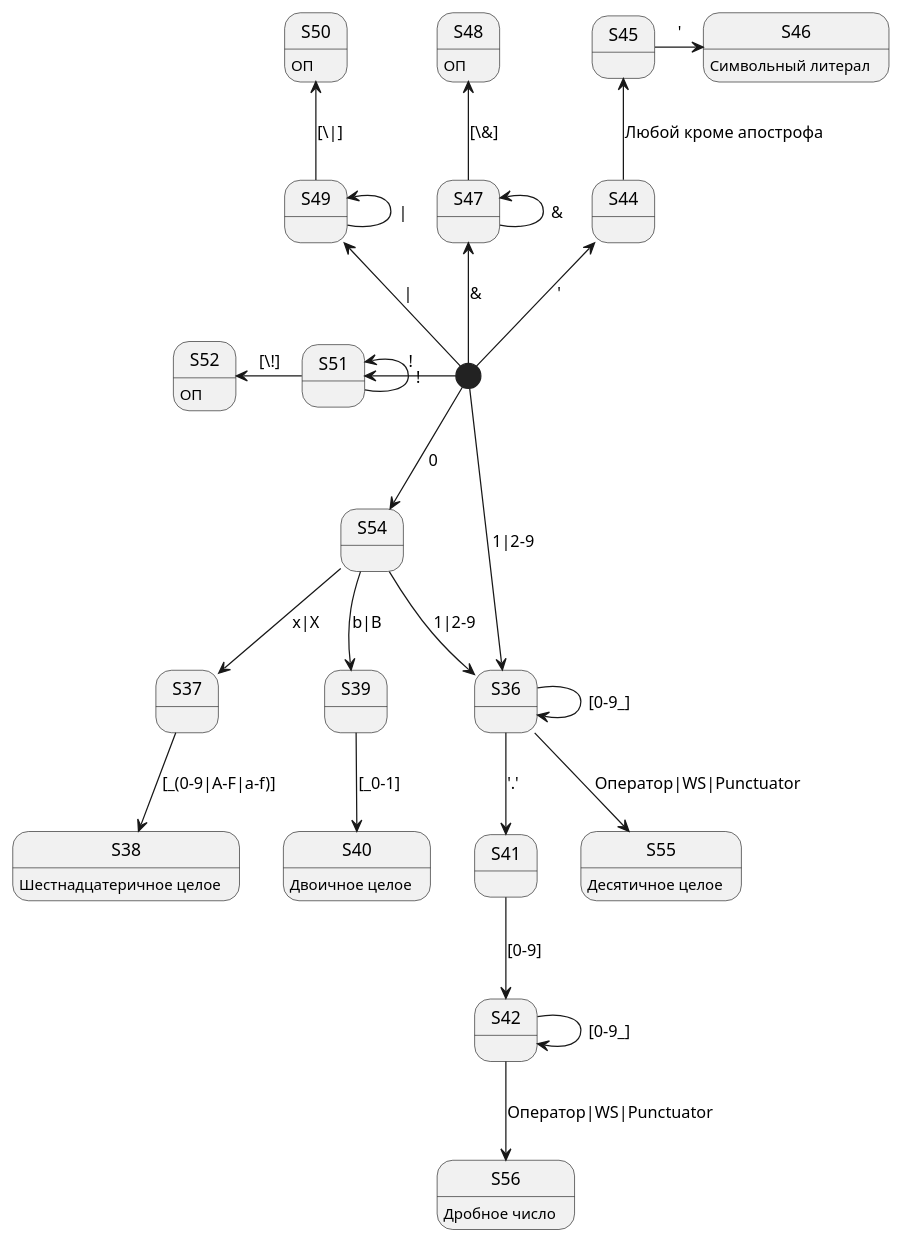
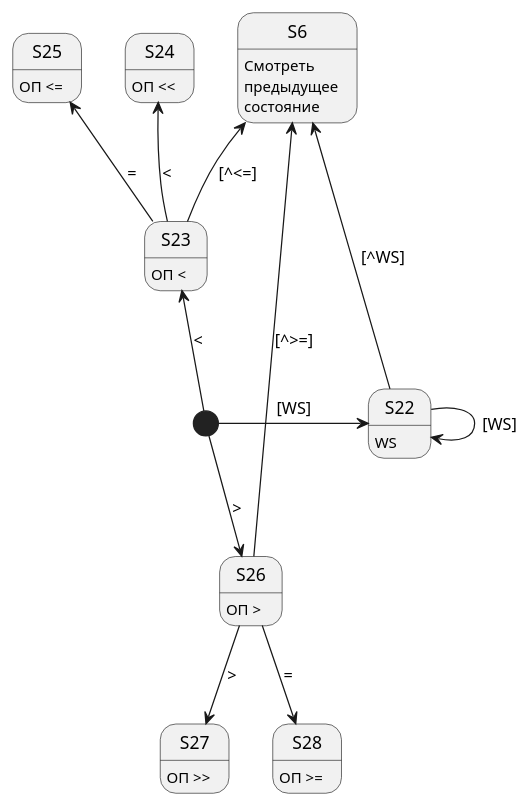
Before and after one commit to vladimirlll/CSharpLexicalAnalyzer: the diagram in Диаграмма состояния для ЛА/sd3.puml, drawn with PlantUML. The commit also changed 15 other files, not shown here.

Commit message:
Полное обновление диаграммы состояний - переходов, добавлено единое заключительное состояние для переходов из состояний, которые сами могут являться заключительными состояниями

```diff
--- a/Диаграмма состояния для ЛА/sd3.puml
+++ b/Диаграмма состояния для ЛА/sd3.puml
@@ -1,45 +1,26 @@
-@startuml "sd"
+@startuml "sd3"
 
-[*] --> S54 : 0
-S54 --> S36 : 1|2-9
-S54 --> S37 : x|X
-S54 --> S39 : b|B
+[*] -right-> S22 : [WS]
+S22 --> S22 : [WS]
+S22 : WS
+S22 -up-> S6 : [^WS]
 
-[*] --> S36 : 1|2-9
-S36 --> S36 : [0-9_]
-S36 --> S41 : '.'
-S36 --> S55 : Оператор|WS|Punctuator
-S55 : Десятичное целое
+[*] -up-> S23 : <
+S23 -up-> S6 : [^<=]
+S23 -up-> S24 : <
+S24 : ОП <<
+S23 -up-> S25 : =
+S25 : ОП <=
+S23 : ОП <
 
-S37 --> S38 : [_(0-9|A-F|a-f)]
-S38 : Шестнадцатеричное целое
+[*] --> S26 : >
+S26 -up-> S6 : [^>=]
+S26 --> S27 : >
+S27 : ОП >>
+S26 --> S28 : =
+S28 : ОП >=
+S26 : ОП >
 
-S39 --> S40 : [_0-1]
-S40 : Двоичное целое
-
-S41 --> S42 : [0-9]
-S42 --> S42 : [0-9_]
-S42 --> S56 : Оператор|WS|Punctuator
-S56 : Дробное число
-
-[*] -up-> S44 : '
-S44 -up-> S45 : Любой кроме апострофа
-S45 -right-> S46 : '
-S46 : Символьный литерал
-
-[*] -up-> S47 : &
-S47 -up-> S47 : &
-S47 -up-> S48 : [\&]
-S48 : ОП
-
-[*] -up-> S49 : |
-S49 -up-> S49 : |
-S49 -up-> S50 : [\|]
-S50 : ОП
-
-[*] -left-> S51 : !
-S51 -up-> S51 : !
-S51 -left-> S52 : [\!]
-S52 : ОП
+S6 : Смотреть\nпредыдущее\nсостояние
 
 @enduml
```
